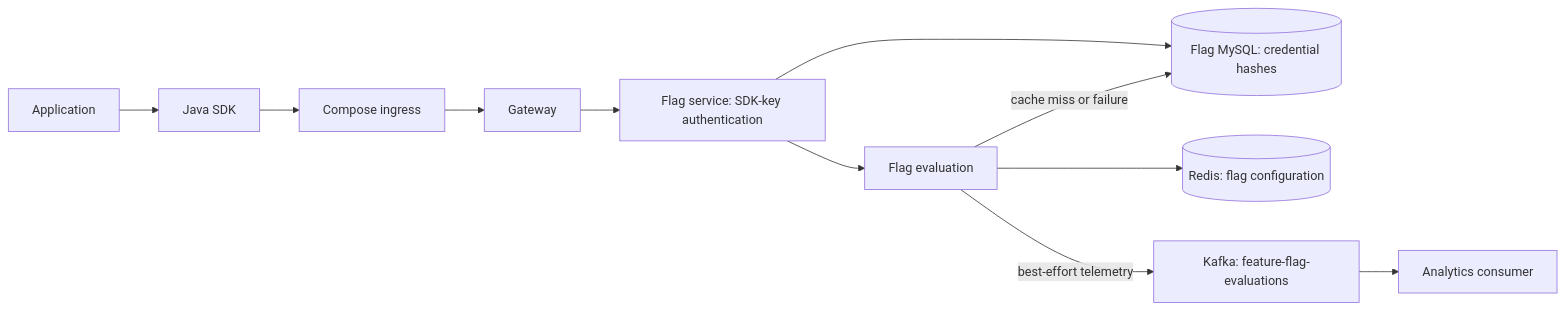
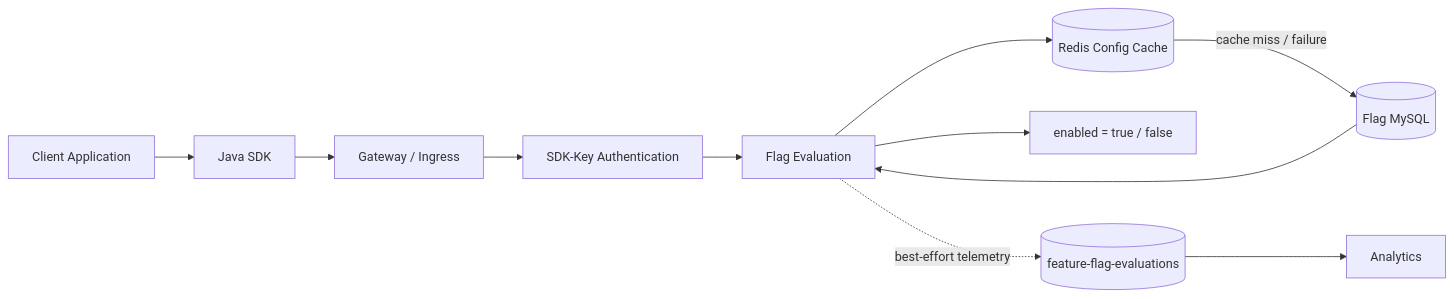
Before and after one commit to manishjangid1499-cell/featureflag: the second of 3 diagrams in README.md, drawn with Mermaid. The commit also changed other lines of this file and 9 other files, not shown here.

````diff
--- a/README.md
+++ b/README.md
@@ -73,13 +133,13 @@
 ```mermaid
 flowchart LR
-    Application --> SDK[Java SDK]
-    SDK --> Nginx[Compose ingress]
-    Nginx --> Gateway
-    Gateway --> KeyAuth[Flag service: SDK-key authentication]
-    KeyAuth --> Evaluation[Flag evaluation]
-    KeyAuth --> FlagDB[(Flag MySQL: credential hashes)]
-    Evaluation --> Redis[(Redis: flag configuration)]
-    Evaluation -->|cache miss or failure| FlagDB
-    Evaluation -->|best-effort telemetry| Kafka[Kafka: feature-flag-evaluations]
-    Kafka --> Analytics[Analytics consumer]
+    App[Client Application] --> SDK[Java SDK]
+    SDK --> Gateway[Gateway / Ingress]
+    Gateway --> AuthN[SDK-Key Authentication]
+    AuthN --> Eval[Flag Evaluation]
+    Eval --> Redis[(Redis Config Cache)]
+    Redis -->|cache miss / failure| MySQL[(Flag MySQL)]
+    MySQL --> Eval
+    Eval --> Result[enabled = true / false]
+    Eval -. best-effort telemetry .-> Kafka[(feature-flag-evaluations)]
+    Kafka --> Analytics[Analytics]
 ```
````
